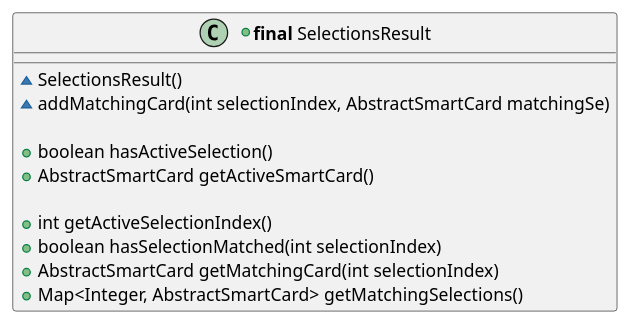
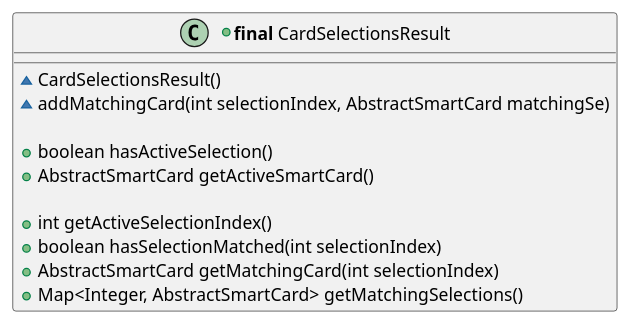
Before and after one commit to calypsonet/keyple: the fifth of 11 diagrams in src/KeypleCoreApi/puml/KeypleCore_CardSelection_ClassDiag_ClassElements.iuml, drawn with PlantUML. The commit also changed other lines of this file and 10 other files, not shown here.

```diff
--- a/src/KeypleCoreApi/puml/KeypleCore_CardSelection_ClassDiag_ClassElements.iuml
+++ b/src/KeypleCoreApi/puml/KeypleCore_CardSelection_ClassDiag_ClassElements.iuml
@@ -68,14 +68,14 @@
 @startuml(id=SELECTION_RESULT_1_0_0)
-+class "<b>final</b> SelectionsResult" as SelectionsResult {
-  ~SelectionsResult()
++class "<b>final</b> CardSelectionsResult" as CardSelectionsResult {
+  ~CardSelectionsResult()
   ~addMatchingCard(int selectionIndex, AbstractSmartCard matchingSe)
 
   +boolean hasActiveSelection()
   +AbstractSmartCard getActiveSmartCard()
 
   +int getActiveSelectionIndex()
   +boolean hasSelectionMatched(int selectionIndex)
   +AbstractSmartCard getMatchingCard(int selectionIndex)
   +Map<Integer, AbstractSmartCard> getMatchingSelections()
 }
 @enduml
```
